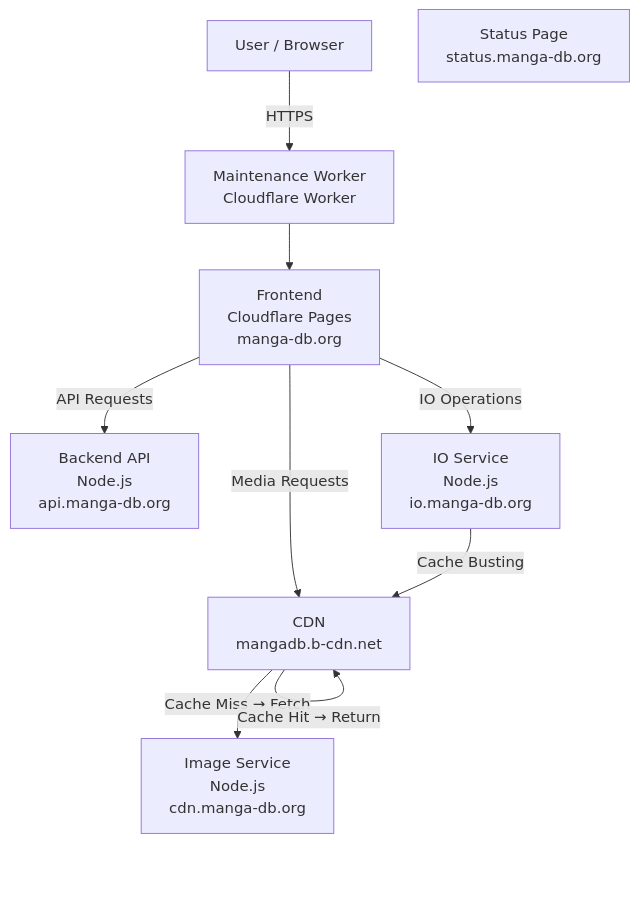
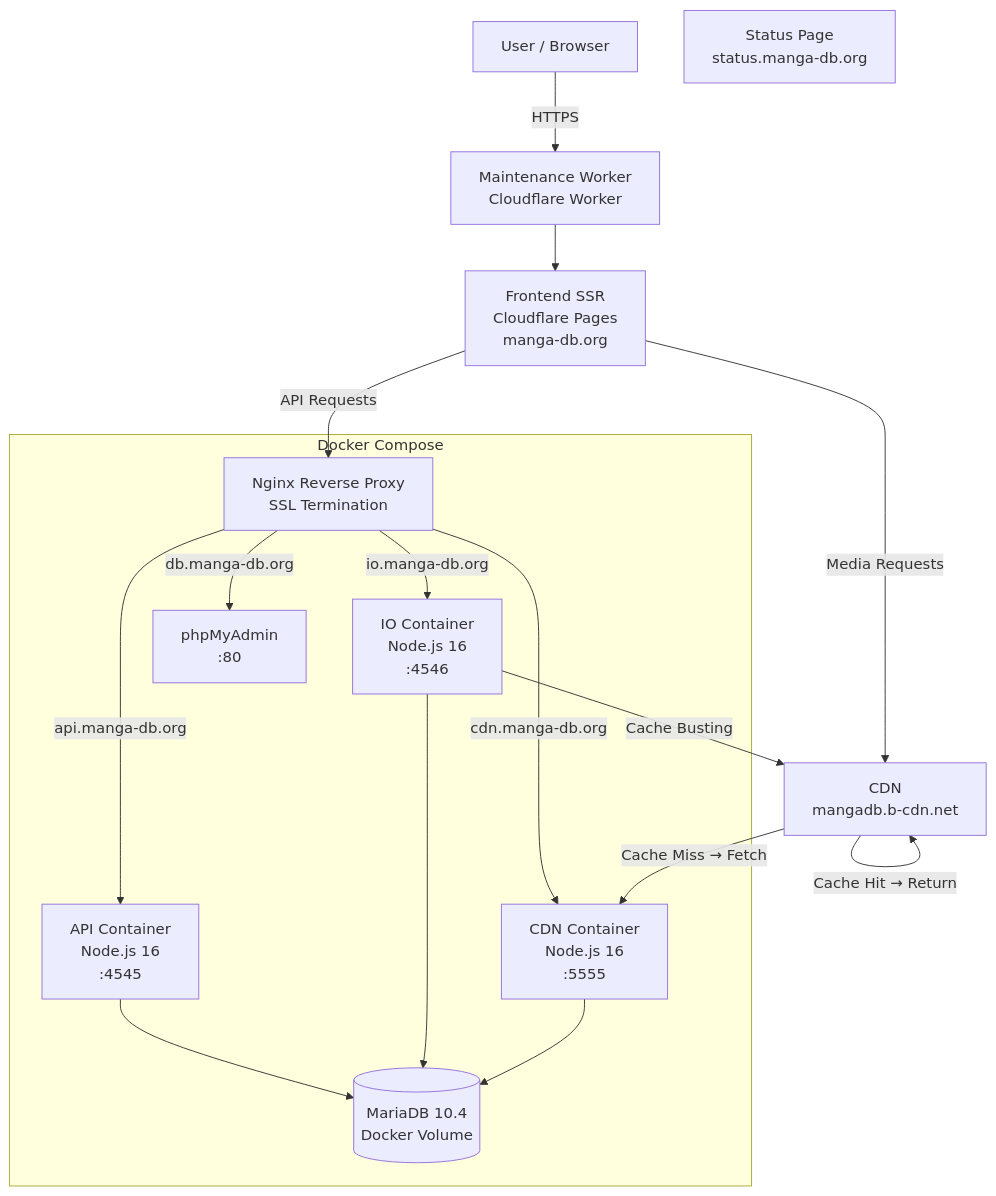
The diagram in docs/system/architecture.md (Nico-Src/mangadb_docs), drawn with Mermaid before and after one commit. The commit also changed other lines of this file and 1 other file, not shown here.

Commit message:
Enhance architecture and deployment documentation with detailed service configurations and deployment processes

````diff
--- a/docs/system/architecture.md
+++ b/docs/system/architecture.md
@@ -10,19 +10,35 @@
 ```mermaid
 graph TD
     U[User / Browser]
 
     U -->|HTTPS| MW[Maintenance Worker<br/>Cloudflare Worker]
 
-    MW --> FE[Frontend<br/>Cloudflare Pages<br/>manga-db.org]
+    MW --> FE[Frontend SSR<br/>Cloudflare Pages<br/>manga-db.org]
 
-    FE -->|API Requests| API[Backend API<br/>Node.js<br/>api.manga-db.org]
+    FE -->|API Requests| NGINX[Nginx Reverse Proxy<br/>SSL Termination]
     FE -->|Media Requests| CDN[CDN<br/>mangadb.b-cdn.net]
-    FE -->|IO Operations| IO[IO Service<br/>Node.js<br/>io.manga-db.org]
 
-    CDN -->|Cache Miss → Fetch| IMG[Image Service<br/>Node.js<br/>cdn.manga-db.org]
+    NGINX -->|api.manga-db.org| API[API Container<br/>Node.js 16<br/>:4545]
+    NGINX -->|io.manga-db.org| IO[IO Container<br/>Node.js 16<br/>:4546]
+    NGINX -->|cdn.manga-db.org| IMG[CDN Container<br/>Node.js 16<br/>:5555]
+    NGINX -->|db.manga-db.org| PMA[phpMyAdmin<br/>:80]
+
+    CDN -->|Cache Miss → Fetch| IMG
     CDN -->|Cache Hit → Return| CDN
-
     IO -->|Cache Busting| CDN
 
+    API --> DB[(MariaDB 10.4<br/>Docker Volume)]
+    IO --> DB
+    IMG --> DB
+
     STATUS[Status Page<br/>status.manga-db.org]
+
+    subgraph Docker Compose
+        NGINX
+        API
+        IO
+        IMG
+        PMA
+        DB
+    end
 ```
````
